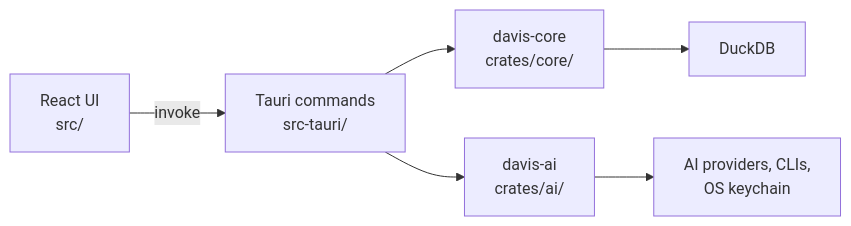
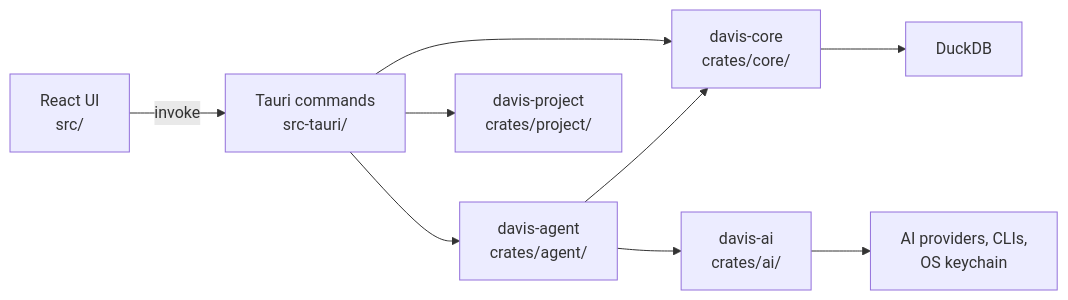
One commit to opikdev/davis changed the diagram in docs/architecture.md. Above: the diagram before and after it, drawn with Mermaid. The commit also changed other lines of this file and 1 other file, not shown here.

Commit message:
docs: describe the agent, projects and what the ai can reach

````diff
--- a/docs/architecture.md
+++ b/docs/architecture.md
@@ -3,8 +3,11 @@
 ```mermaid
 flowchart LR
   UI["React UI<br/>src/"] -->|"invoke"| Commands["Tauri commands<br/>src-tauri/"]
+  Commands --> Agent["davis-agent<br/>crates/agent/"]
+  Commands --> Project["davis-project<br/>crates/project/"]
   Commands --> Core["davis-core<br/>crates/core/"]
-  Commands --> AI["davis-ai<br/>crates/ai/"]
+  Agent --> Core
+  Agent --> AI["davis-ai<br/>crates/ai/"]
   Core --> DuckDB
   AI --> Providers["AI providers, CLIs,<br/>OS keychain"]
 ```
````
